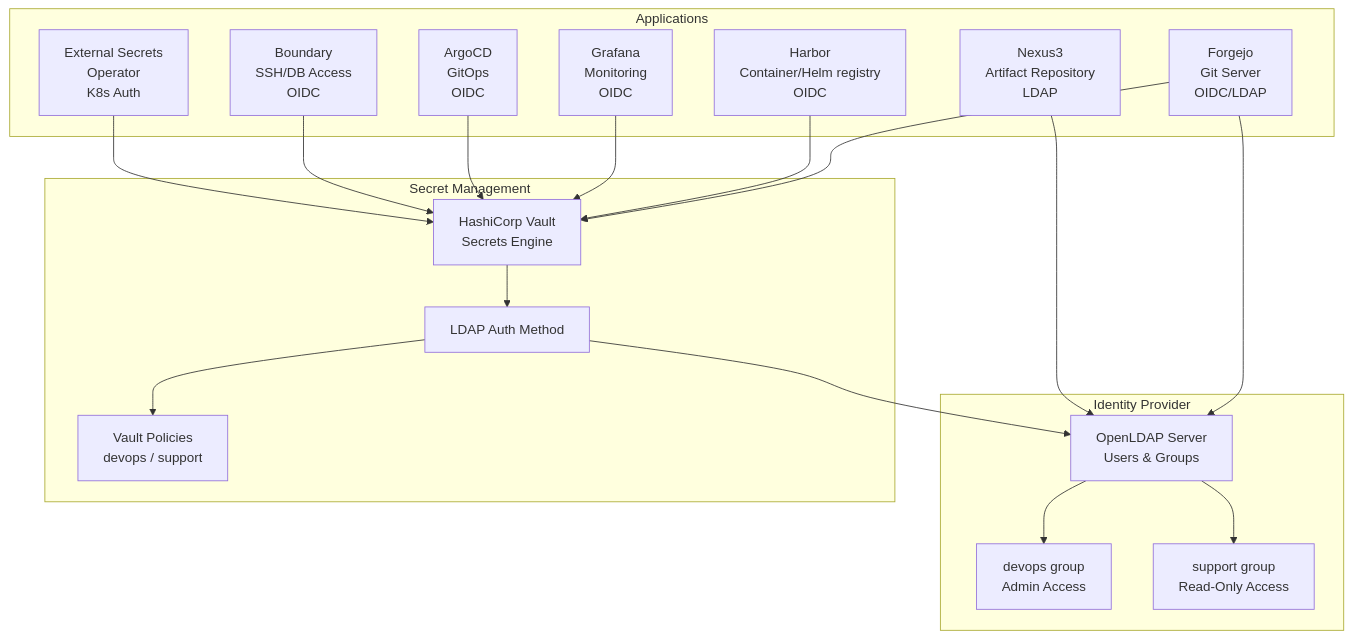
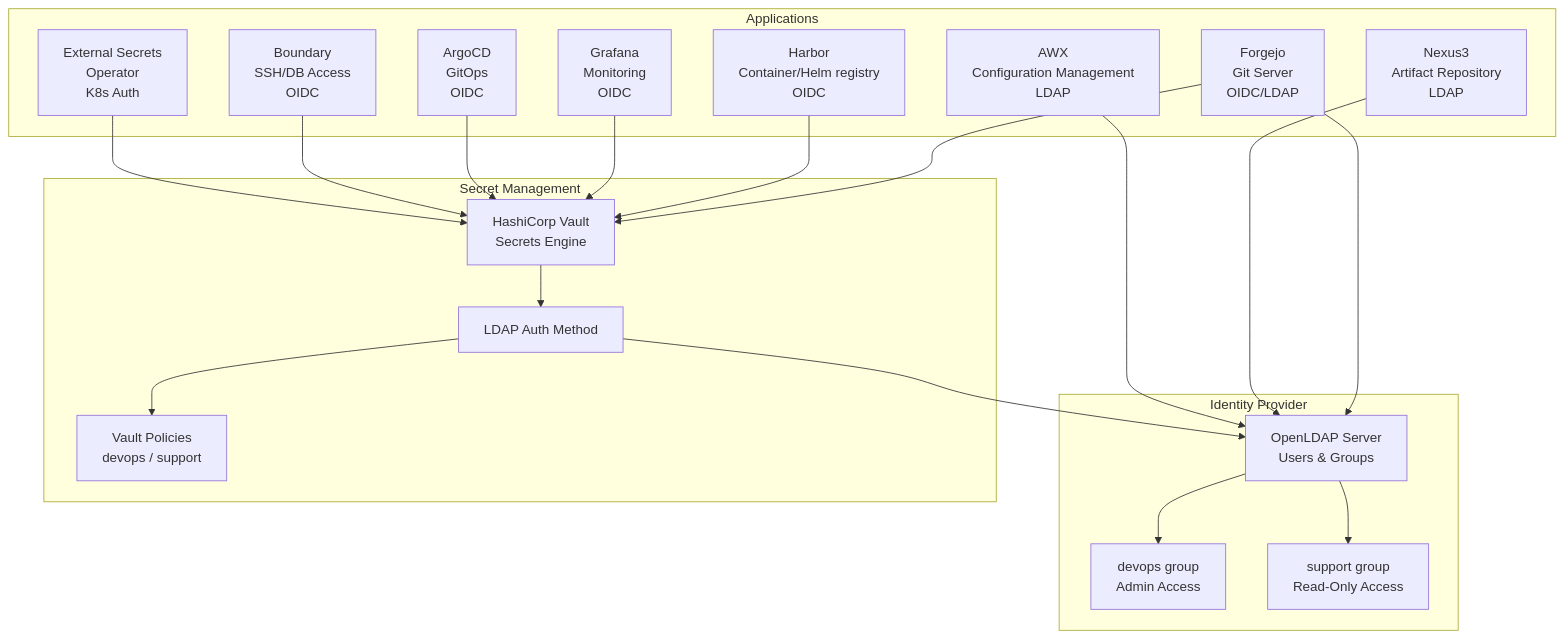
One commit to Saske912/presentation changed the fifth of 13 diagrams in slides.md. Above: the diagram before and after it, drawn with Mermaid. The commit also changed other lines of this file and 5 other files, not shown here.

````diff
--- a/slides.md
+++ b/slides.md
@@ -394,40 +509,42 @@
 ```mermaid
 graph TB
     subgraph "Identity Provider"
         LDAP[OpenLDAP Server<br/>Users & Groups]
         DEVOPS[devops group<br/>Admin Access]
         SUPPORT[support group<br/>Read-Only Access]
     end
     
     subgraph "Secret Management"
         VAULT[HashiCorp Vault<br/>Secrets Engine]
         VAULT_AUTH[LDAP Auth Method]
         POLICIES[Vault Policies<br/>devops / support]
     end
     
     subgraph "Applications"
         FORGEJO[Forgejo<br/>Git Server<br/>OIDC/LDAP]
         HARBOR[Harbor<br/>Container/Helm registry<br/>OIDC]
         NEXUS[Nexus3<br/>Artifact Repository<br/>LDAP]
         GRAFANA[Grafana<br/>Monitoring<br/>OIDC]
         ARGOCD[ArgoCD<br/>GitOps<br/>OIDC]
         BOUNDARY[Boundary<br/>SSH/DB Access<br/>OIDC]
         ESO[External Secrets<br/>Operator<br/>K8s Auth]
+        AWX[AWX<br/>Configuration Management<br/>LDAP]
     end
     
     LDAP --> DEVOPS
     LDAP --> SUPPORT
     
     VAULT --> VAULT_AUTH
     VAULT_AUTH --> LDAP
     VAULT_AUTH --> POLICIES
     
     FORGEJO --> LDAP
     FORGEJO --> VAULT
     HARBOR --> VAULT
     NEXUS --> LDAP
     GRAFANA --> VAULT
     ARGOCD --> VAULT
     BOUNDARY --> VAULT
     ESO --> VAULT
+    AWX --> LDAP
 ```
````
